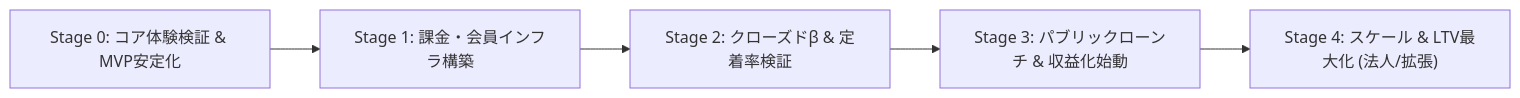
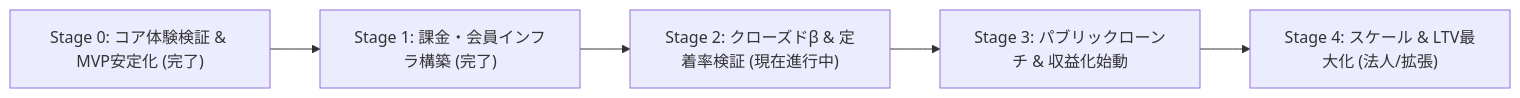
Before and after one commit to ic1koala/Shadowlog: the diagram in management/ROADMAP.md, drawn with Mermaid. The commit also changed other lines of this file and 12 other files, not shown here.

````diff
--- a/management/ROADMAP.md
+++ b/management/ROADMAP.md
@@ -50,7 +54,7 @@
 ```mermaid
 flowchart LR
-    S0["Stage 0: コア体験検証 & MVP安定化"] --> S1["Stage 1: 課金・会員インフラ構築"]
-    S1 --> S2["Stage 2: クローズドβ & 定着率検証"]
+    S0["Stage 0: コア体験検証 & MVP安定化 (完了)"] --> S1["Stage 1: 課金・会員インフラ構築 (完了)"]
+    S1 --> S2["Stage 2: クローズドβ & 定着率検証 (現在進行中)"]
     S2 --> S3["Stage 3: パブリックローンチ & 収益化始動"]
     S3 --> S4["Stage 4: スケール & LTV最大化 (法人/拡張)"]
 ```
````
